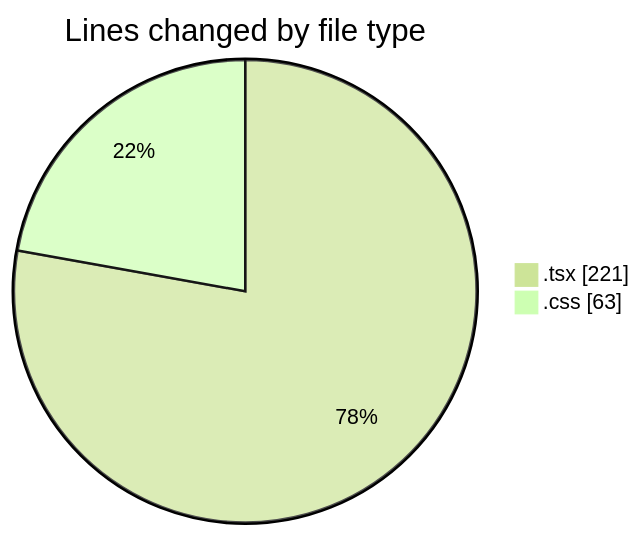
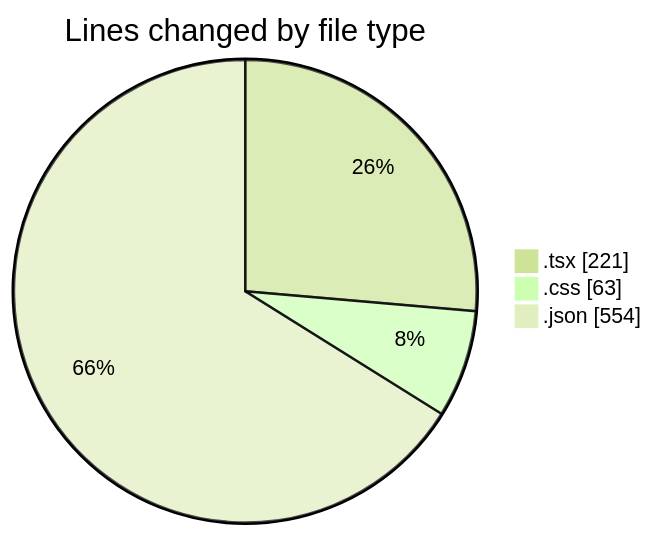
The first of 2 diagrams in 2025-08-04/tw-server/README.md (EIIisD/code-tracking), drawn with Mermaid (forest theme) before and after one commit. The commit also changed other lines of this file and 1 other file, not shown here.

````diff
--- a/2025-08-04/tw-server/README.md
+++ b/2025-08-04/tw-server/README.md
@@ -22,6 +24,7 @@
 ```mermaid
 pie showData
 title Lines changed by file type
 ".tsx" : 221
 ".css" : 63
+".json" : 554
 ```
````
